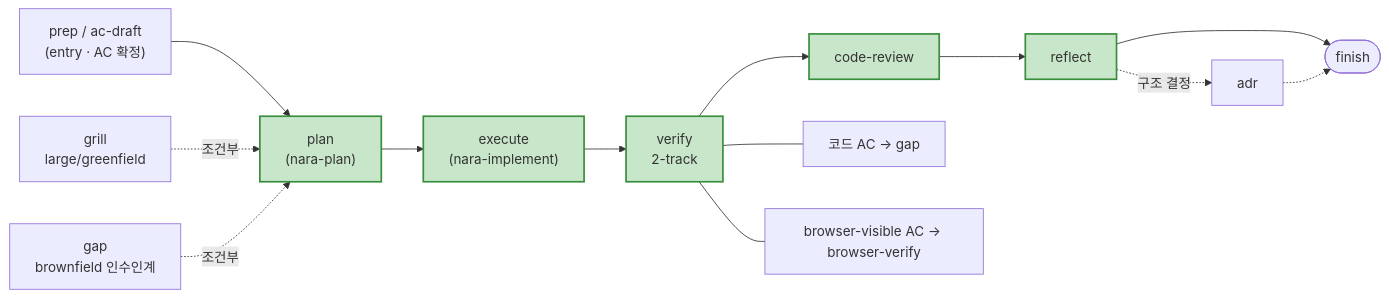
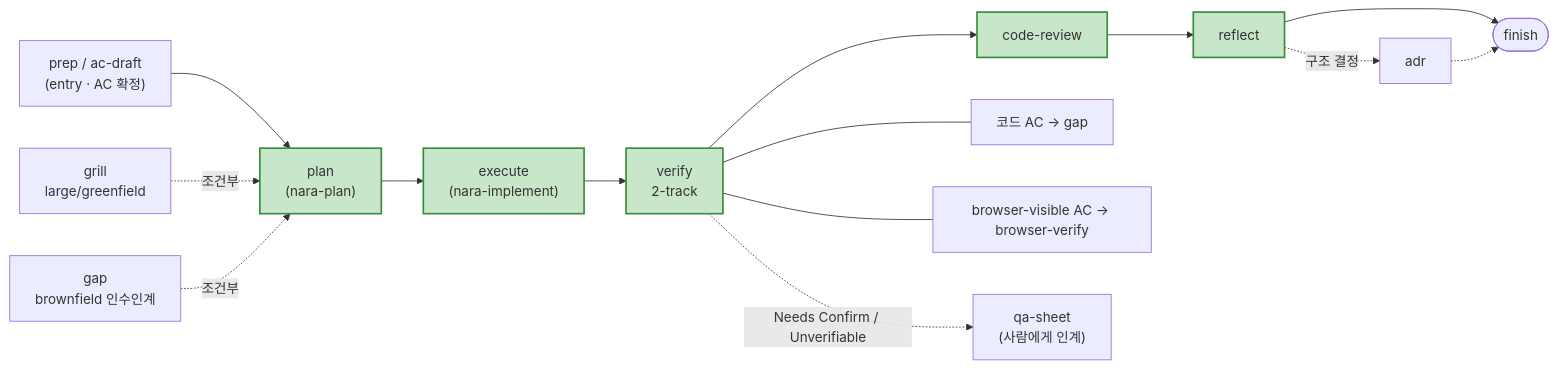
One commit to narashin/nara-kit changed the first of 2 diagrams in skills/README.md. Above: the diagram before and after it, drawn with Mermaid. The commit also changed other lines of this file and 19 other files, not shown here.

````diff
--- a/skills/README.md
+++ b/skills/README.md
@@ -120,15 +121,16 @@
 ```mermaid
 flowchart LR
     E["prep / ac-draft<br>(entry · AC 확정)"] --> P["plan<br>(nara-plan)"] --> X["execute<br>(nara-implement)"] --> V["verify<br>2-track"] --> R[code-review] --> RF[reflect] --> F([finish])
     B["grill<br>large/greenfield"] -. 조건부 .-> P
     G["gap<br>brownfield 인수인계"] -. 조건부 .-> P
     V --- V1["코드 AC → gap"]
     V --- V2["browser-visible AC → browser-verify"]
+    V -. Needs Confirm / Unverifiable .-> Q["qa-sheet<br>(사람에게 인계)"]
     RF -. 구조 결정 .-> A[adr] -.-> F
 
     style P fill:#c8e6c9,stroke:#388e3c,stroke-width:2px
     style X fill:#c8e6c9,stroke:#388e3c,stroke-width:2px
     style V fill:#c8e6c9,stroke:#388e3c,stroke-width:2px
     style R fill:#c8e6c9,stroke:#388e3c,stroke-width:2px
     style RF fill:#c8e6c9,stroke:#388e3c,stroke-width:2px
 ```
````
